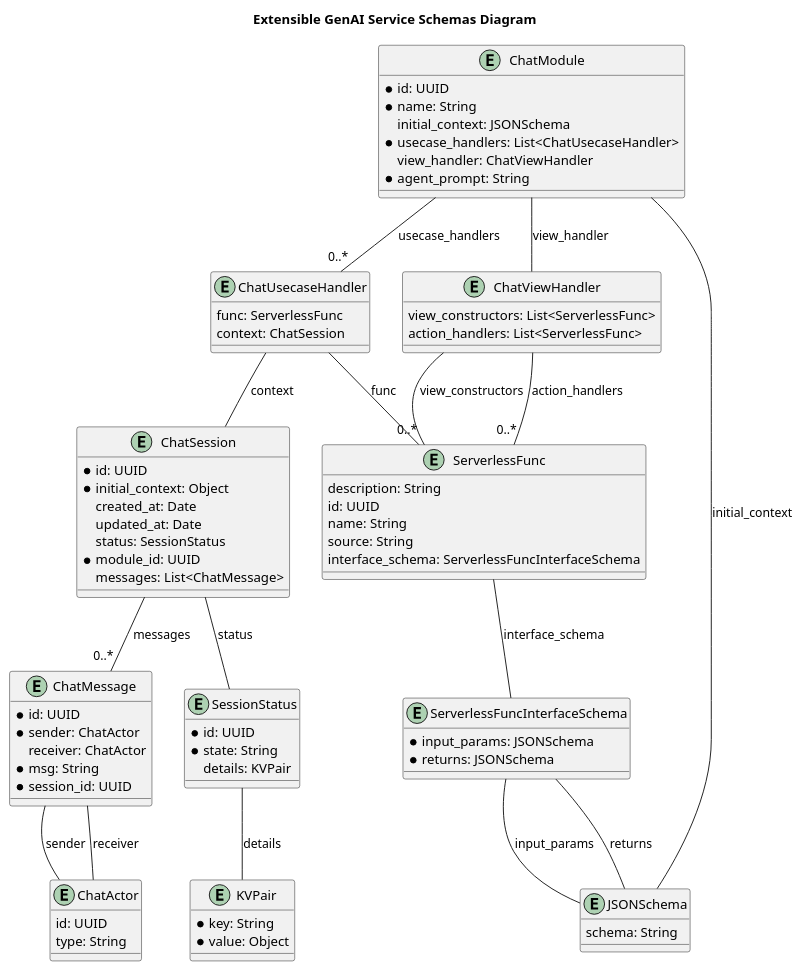
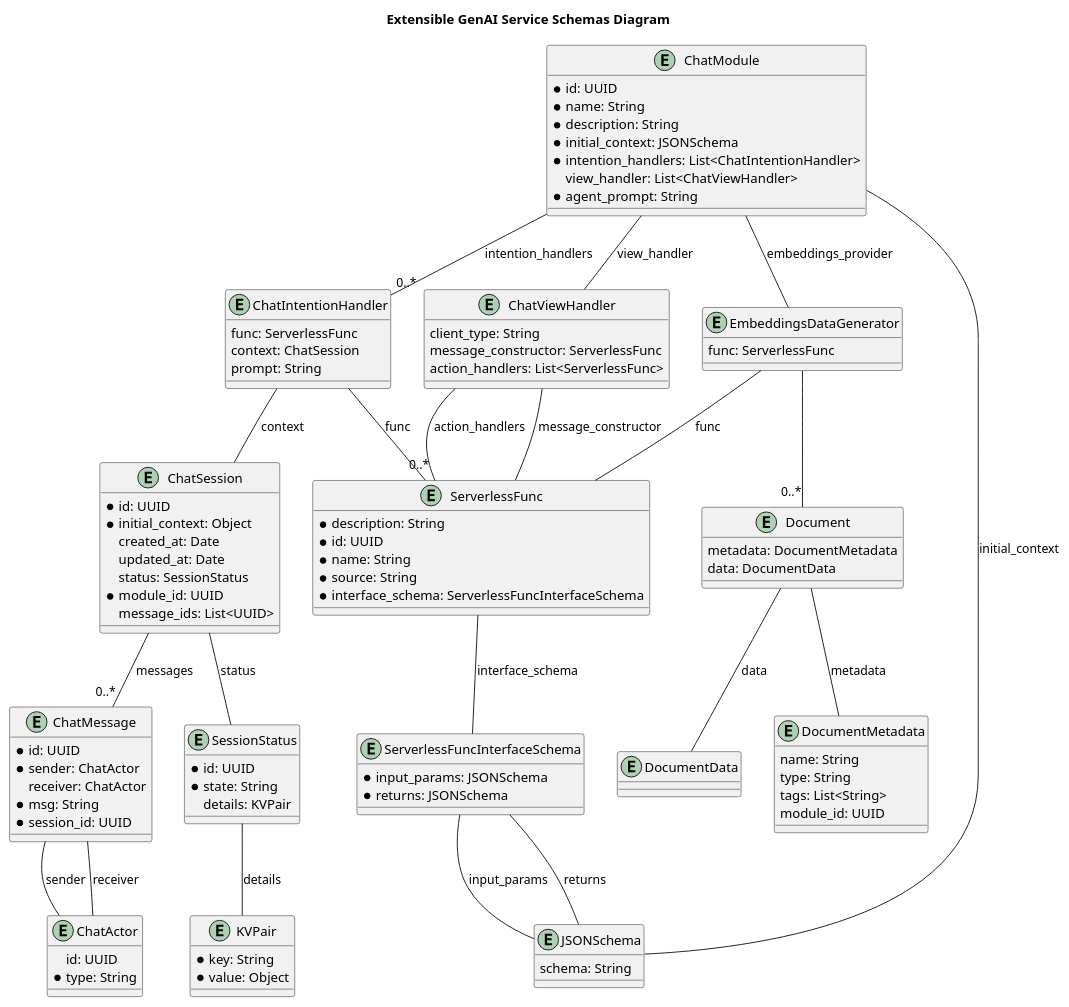
Before and after one commit to hitengajjar/extensible_genai: the diagram in UML/classdiagram.wsd, drawn with PlantUML. The commit also changed 8 other files, not shown here.

First line of the commit message:
Updated APIs, Types, and Diagrams Updated description for Chat module Renames and correcting bugs

```diff
--- a/UML/classdiagram.wsd
+++ b/UML/classdiagram.wsd
@@ -1,92 +1,119 @@
 @startuml
 
 title Extensible GenAI Service Schemas Diagram
 
 entity ChatActor {
     id: UUID
-    type: String
+    * type: String
+}
+
+entity ChatIntentionHandler {
+    func: ServerlessFunc
+    context: ChatSession
+    prompt: String
 }
 
 entity ChatMessage {
     * id: UUID
     * sender: ChatActor
     receiver: ChatActor
     * msg: String
     * session_id: UUID
 }
 
 entity ChatModule {
     * id: UUID
     * name: String
-    initial_context: JSONSchema
-    * usecase_handlers: List<ChatUsecaseHandler>
-    view_handler: ChatViewHandler
+    * description: String
+    * initial_context: JSONSchema
+    * intention_handlers: List<ChatIntentionHandler>
+    view_handler: List<ChatViewHandler>
     * agent_prompt: String
 }
 
 entity ChatSession {
     * id: UUID
     * initial_context: Object
     created_at: Date
     updated_at: Date
     status: SessionStatus
     * module_id: UUID
-    messages: List<ChatMessage>
-}
-
-entity ChatUsecaseHandler {
-    func: ServerlessFunc
-    context: ChatSession
+    message_ids: List<UUID>
 }
 
 entity ChatViewHandler {
-    view_constructors: List<ServerlessFunc>
+    client_type: String
+    message_constructor: ServerlessFunc
     action_handlers: List<ServerlessFunc>
+}
+
+entity Document {
+    metadata: DocumentMetadata
+    data: DocumentData
+}
+
+entity DocumentData {
+}
+
+entity DocumentMetadata {
+    name: String
+    type: String
+    tags: List<String>
+    module_id: UUID
 }
 
 entity JSONSchema {
     schema: String
 }
 
 entity KVPair {
     * key: String
     * value: Object
 }
 
 entity ServerlessFunc {
-    description: String
-    id: UUID
-    name: String
-    source: String
-    interface_schema: ServerlessFuncInterfaceSchema
+    * description: String
+    * id: UUID
+    * name: String
+    * source: String
+    * interface_schema: ServerlessFuncInterfaceSchema
 }
 
 entity ServerlessFuncInterfaceSchema {
     * input_params: JSONSchema
     * returns: JSONSchema
 }
 
 entity SessionStatus {
     * id: UUID
     * state: String
     details: KVPair
 }
 
+entity EmbeddingsDataGenerator {
+    func: ServerlessFunc
+}
 
-ChatViewHandler -- "0..*" ServerlessFunc : view_constructors
+
+ChatViewHandler -- ServerlessFunc : message_constructor
 ChatViewHandler -- "0..*" ServerlessFunc : action_handlers
 ChatMessage -- ChatActor : sender
 ChatMessage -- ChatActor : receiver
-SessionStatus -- KVPair : details
 ServerlessFuncInterfaceSchema -- JSONSchema : input_params
 ServerlessFuncInterfaceSchema -- JSONSchema : returns
-ServerlessFunc -- ServerlessFuncInterfaceSchema : interface_schema
+Document -- DocumentData : data
+Document -- DocumentMetadata: metadata
 ChatSession -- SessionStatus : status
 ChatSession -- "0..*" ChatMessage : messages
-ChatUsecaseHandler -- ServerlessFunc : func
-ChatUsecaseHandler -- ChatSession : context
+SessionStatus -- KVPair : details
+ServerlessFunc -- ServerlessFuncInterfaceSchema : interface_schema
+EmbeddingsDataGenerator -- ServerlessFunc : func
+EmbeddingsDataGenerator -- "0..*" Document
+ChatIntentionHandler -- ServerlessFunc : func
+ChatIntentionHandler -- ChatSession : context
 ChatModule -- JSONSchema : initial_context
-ChatModule -- "0..*" ChatUsecaseHandler : usecase_handlers
+ChatModule -- "0..*" ChatIntentionHandler : intention_handlers
 ChatModule -- ChatViewHandler : view_handler
+ChatModule -- EmbeddingsDataGenerator: embeddings_provider
 
 @enduml
```
